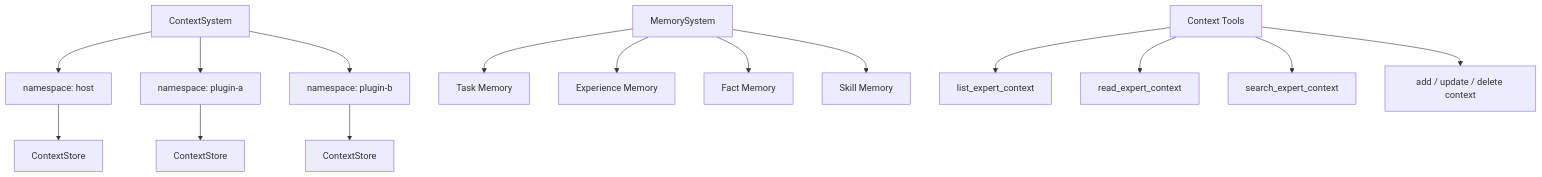
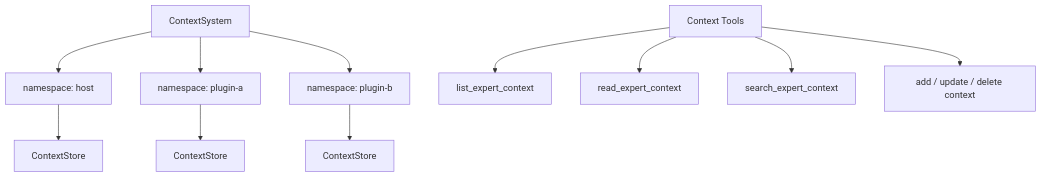
The third of 18 diagrams in docs/architecture/agent-core-architecture.md (pqpo/pragma), drawn with Mermaid before and after one commit. The commit also changed other lines of this file and 41 other files, not shown here.

Commit message:
refactor: move memory into plugin system

````diff
--- a/docs/architecture/agent-core-architecture.md
+++ b/docs/architecture/agent-core-architecture.md
@@ -73,26 +73,20 @@
 ```mermaid
 flowchart TB
   contextSystem["ContextSystem"]
   host["namespace: host"]
   pluginA["namespace: plugin-a"]
   pluginB["namespace: plugin-b"]
   hostStore["ContextStore"]
   pluginAStore["ContextStore"]
   pluginBStore["ContextStore"]
 
   contextSystem --> host --> hostStore
   contextSystem --> pluginA --> pluginAStore
   contextSystem --> pluginB --> pluginBStore
 
-  memorySystem["MemorySystem"]
-  memorySystem --> taskMemory["Task Memory"]
-  memorySystem --> experienceMemory["Experience Memory"]
-  memorySystem --> factMemory["Fact Memory"]
-  memorySystem --> skillMemory["Skill Memory"]
-
   contextTools["Context Tools"]
   contextTools --> list["list_expert_context"]
   contextTools --> read["read_expert_context"]
   contextTools --> search["search_expert_context"]
   contextTools --> write["add / update / delete context"]
 ```
````
